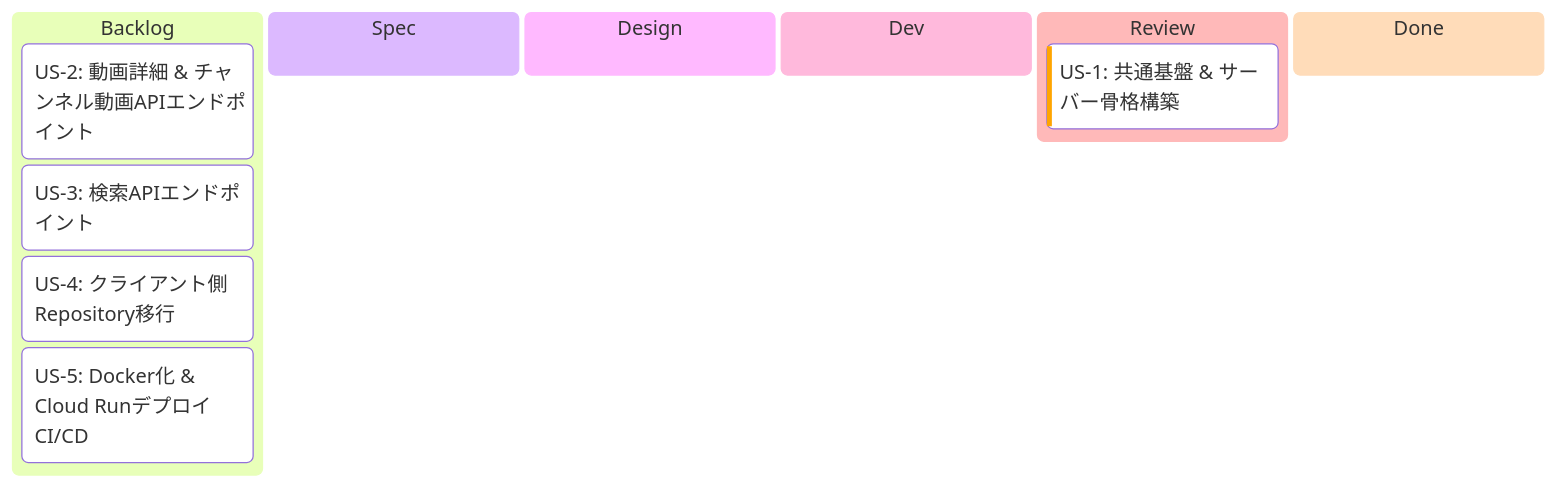
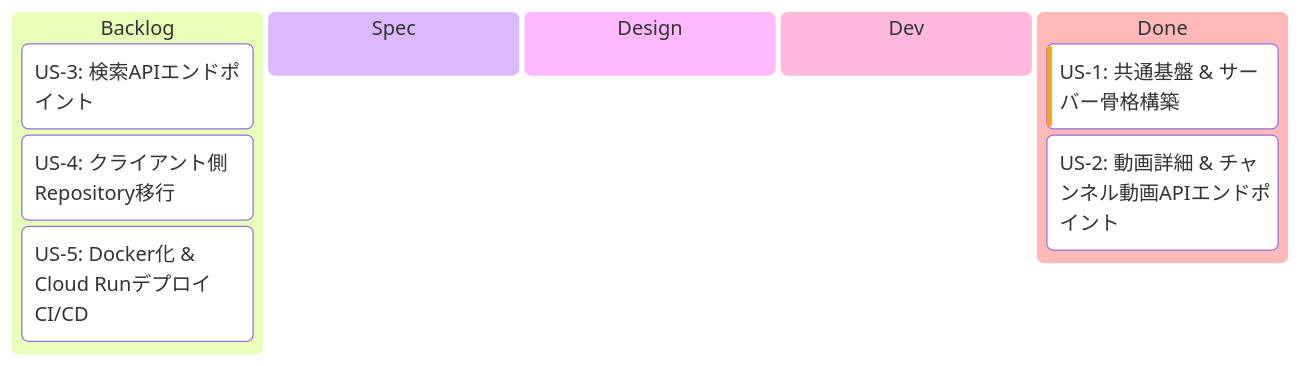
Before and after one commit to saki0000/collab-stream: the first of 2 diagrams in implement-context/api-proxy-server/EPIC.md, drawn with Mermaid. The commit also changed 11 other files, not shown here.

````diff
--- a/implement-context/api-proxy-server/EPIC.md
+++ b/implement-context/api-proxy-server/EPIC.md
@@ -26,19 +26,18 @@
 ```mermaid
 ---
 config:
   kanban:
     ticketBaseUrl: ''
 ---
 kanban
   backlog[Backlog]
-    us2[US-2: 動画詳細 & チャンネル動画APIエンドポイント]
     us3[US-3: 検索APIエンドポイント]
     us4[US-4: クライアント側Repository移行]
     us5[US-5: Docker化 & Cloud Runデプロイ CI/CD]
   spec[Spec]
   design[Design]
   dev[Dev]
-  review[Review]
+  done[Done]
     us1[US-1: 共通基盤 & サーバー骨格構築]@{ priority: 'High' }
-  done[Done]
+    us2[US-2: 動画詳細 & チャンネル動画APIエンドポイント]
 ```
````
